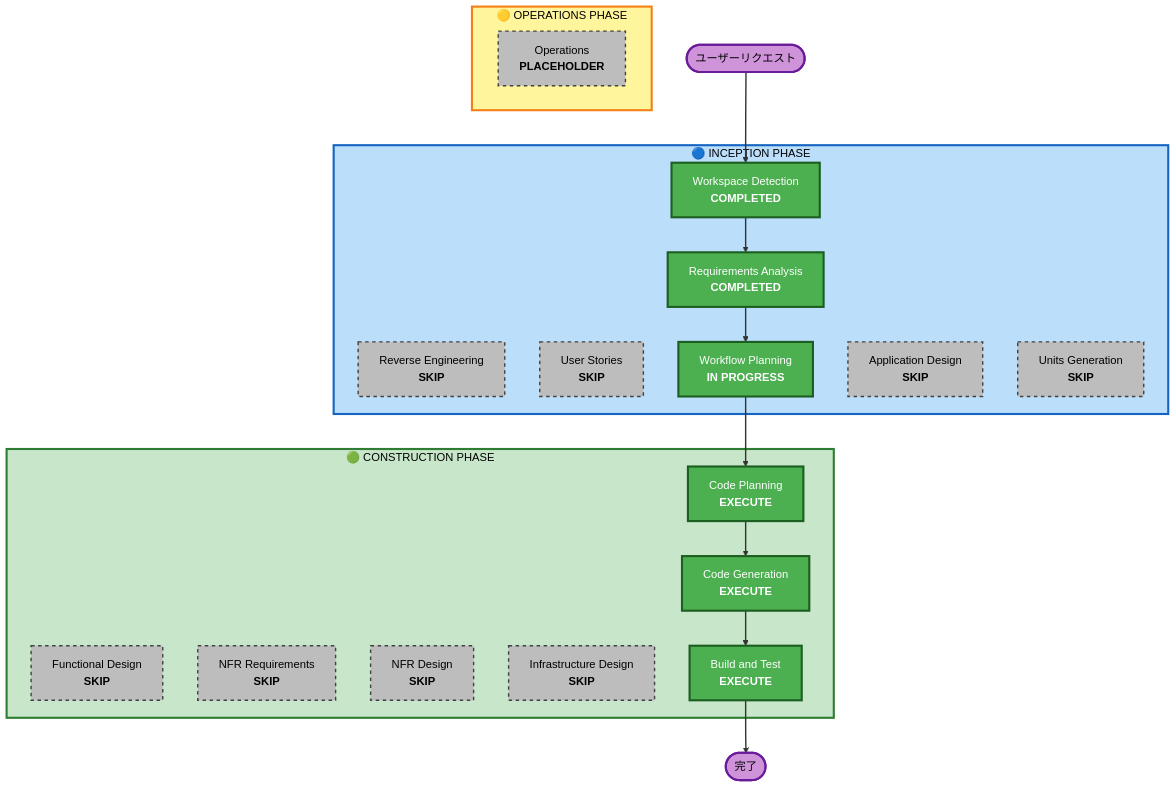
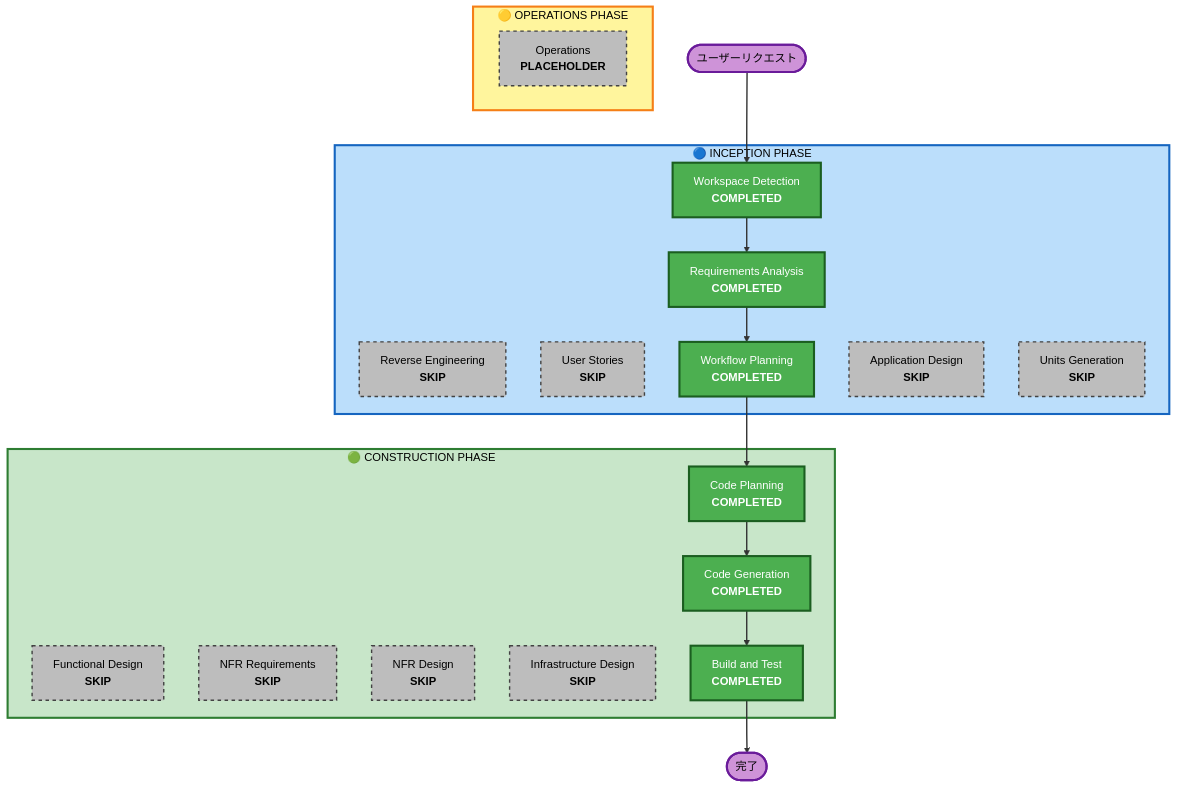
One commit to aws-samples/sample-ai-sales-roleplay changed the diagram in aidlc-docs/inception/plans/execution-plan-conversation-ui.md. Above: the diagram before and after it, drawn with Mermaid. The commit also changed other lines of this file and 4 other files, not shown here.

````diff
--- a/aidlc-docs/inception/plans/execution-plan-conversation-ui.md
+++ b/aidlc-docs/inception/plans/execution-plan-conversation-ui.md
@@ -56,59 +56,59 @@
 ```mermaid
 flowchart TD
     Start(["ユーザーリクエスト"])
     
     subgraph INCEPTION["🔵 INCEPTION PHASE"]
         WD["Workspace Detection<br/><b>COMPLETED</b>"]
         RE["Reverse Engineering<br/><b>SKIP</b>"]
         RA["Requirements Analysis<br/><b>COMPLETED</b>"]
         US["User Stories<br/><b>SKIP</b>"]
-        WP["Workflow Planning<br/><b>IN PROGRESS</b>"]
+        WP["Workflow Planning<br/><b>COMPLETED</b>"]
         AD["Application Design<br/><b>SKIP</b>"]
         UG["Units Generation<br/><b>SKIP</b>"]
     end
     
     subgraph CONSTRUCTION["🟢 CONSTRUCTION PHASE"]
         FD["Functional Design<br/><b>SKIP</b>"]
         NFRA["NFR Requirements<br/><b>SKIP</b>"]
         NFRD["NFR Design<br/><b>SKIP</b>"]
         ID["Infrastructure Design<br/><b>SKIP</b>"]
-        CP["Code Planning<br/><b>EXECUTE</b>"]
-        CG["Code Generation<br/><b>EXECUTE</b>"]
-        BT["Build and Test<br/><b>EXECUTE</b>"]
+        CP["Code Planning<br/><b>COMPLETED</b>"]
+        CG["Code Generation<br/><b>COMPLETED</b>"]
+        BT["Build and Test<br/><b>COMPLETED</b>"]
     end
     
     subgraph OPERATIONS["🟡 OPERATIONS PHASE"]
         OPS["Operations<br/><b>PLACEHOLDER</b>"]
     end
     
     Start --> WD
     WD --> RA
     RA --> WP
     WP --> CP
     CP --> CG
     CG --> BT
     BT --> End(["完了"])
     
     style WD fill:#4CAF50,stroke:#1B5E20,stroke-width:3px,color:#fff
     style RA fill:#4CAF50,stroke:#1B5E20,stroke-width:3px,color:#fff
     style WP fill:#4CAF50,stroke:#1B5E20,stroke-width:3px,color:#fff
     style CP fill:#4CAF50,stroke:#1B5E20,stroke-width:3px,color:#fff
     style CG fill:#4CAF50,stroke:#1B5E20,stroke-width:3px,color:#fff
     style BT fill:#4CAF50,stroke:#1B5E20,stroke-width:3px,color:#fff
     style RE fill:#BDBDBD,stroke:#424242,stroke-width:2px,stroke-dasharray: 5 5,color:#000
     style US fill:#BDBDBD,stroke:#424242,stroke-width:2px,stroke-dasharray: 5 5,color:#000
     style AD fill:#BDBDBD,stroke:#424242,stroke-width:2px,stroke-dasharray: 5 5,color:#000
     style UG fill:#BDBDBD,stroke:#424242,stroke-width:2px,stroke-dasharray: 5 5,color:#000
     style FD fill:#BDBDBD,stroke:#424242,stroke-width:2px,stroke-dasharray: 5 5,color:#000
     style NFRA fill:#BDBDBD,stroke:#424242,stroke-width:2px,stroke-dasharray: 5 5,color:#000
     style NFRD fill:#BDBDBD,stroke:#424242,stroke-width:2px,stroke-dasharray: 5 5,color:#000
     style ID fill:#BDBDBD,stroke:#424242,stroke-width:2px,stroke-dasharray: 5 5,color:#000
     style OPS fill:#BDBDBD,stroke:#424242,stroke-width:2px,stroke-dasharray: 5 5,color:#000
     style INCEPTION fill:#BBDEFB,stroke:#1565C0,stroke-width:3px,color:#000
     style CONSTRUCTION fill:#C8E6C9,stroke:#2E7D32,stroke-width:3px,color:#000
     style OPERATIONS fill:#FFF59D,stroke:#F57F17,stroke-width:3px,color:#000
     style Start fill:#CE93D8,stroke:#6A1B9A,stroke-width:3px,color:#000
     style End fill:#CE93D8,stroke:#6A1B9A,stroke-width:3px,color:#000
     
     linkStyle default stroke:#333,stroke-width:2px
 ```
````
